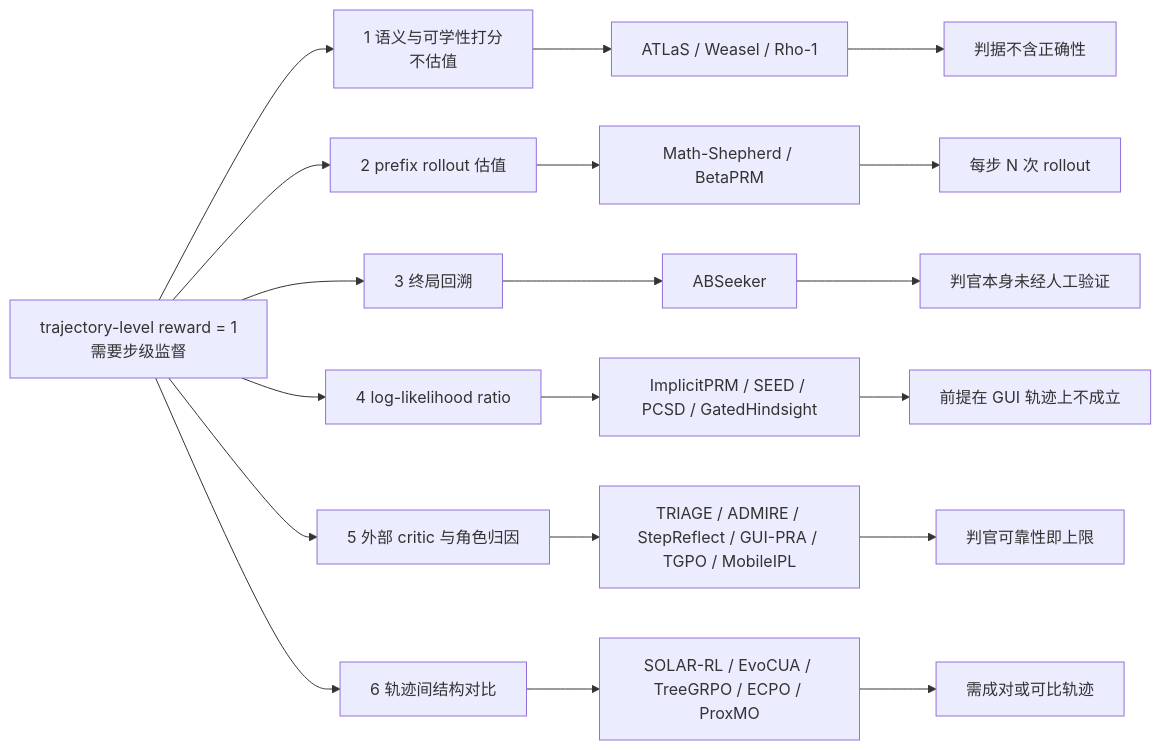
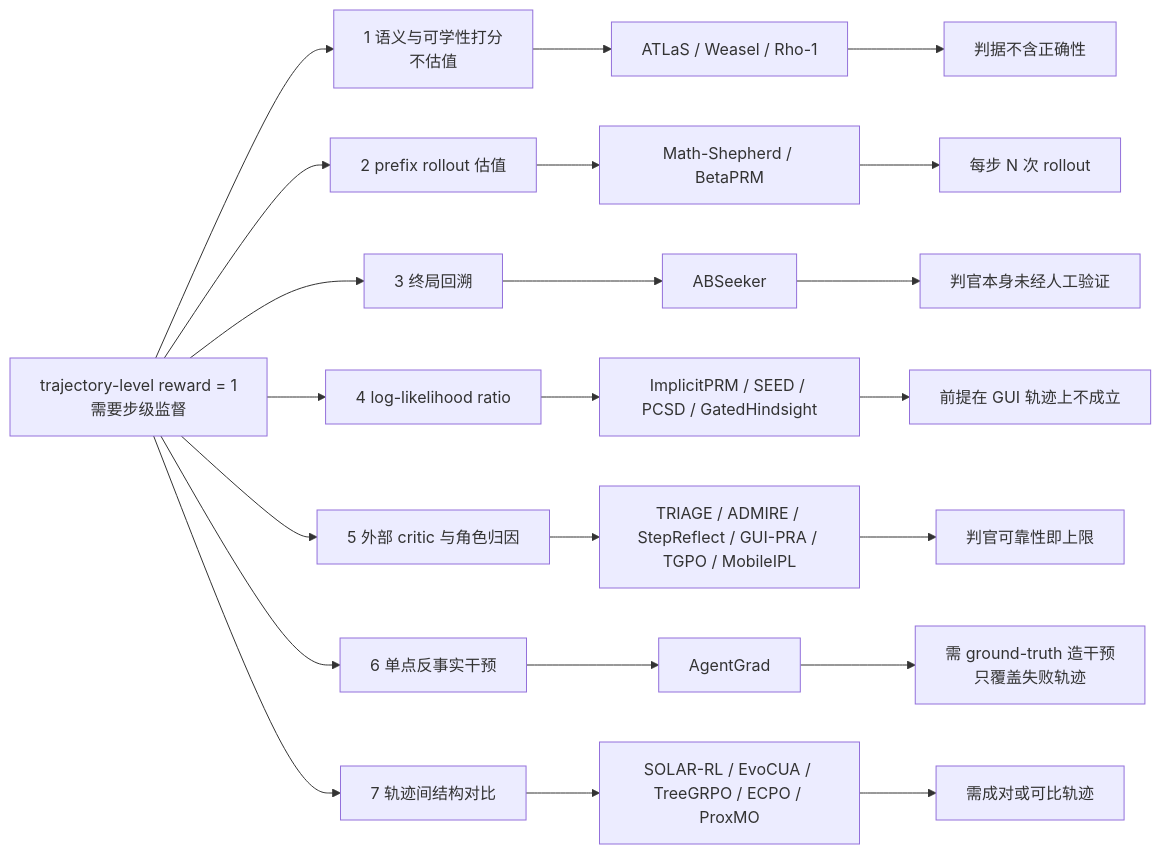
The diagram in Topics/StepCreditAssignment-Survey.md (Kendrick-Stein/MCISLAB_DeepRead), drawn with Mermaid before and after one commit. The commit also changed other lines of this file and 8 other files, not shown here.

````diff
--- a/Topics/StepCreditAssignment-Survey.md
+++ b/Topics/StepCreditAssignment-Survey.md
@@ -121,25 +132,28 @@
 ```mermaid
 flowchart LR
   R["trajectory-level reward = 1<br/>需要步级监督"]
 
   R --> A["1 语义与可学性打分<br/>不估值"]
   R --> B["2 prefix rollout 估值"]
   R --> C["3 终局回溯"]
   R --> D["4 log-likelihood ratio"]
   R --> E["5 外部 critic 与角色归因"]
-  R --> F["6 轨迹间结构对比"]
+  R --> G["6 单点反事实干预"]
+  R --> F["7 轨迹间结构对比"]
 
   A --> A1["ATLaS / Weasel / Rho-1"]
   B --> B1["Math-Shepherd / BetaPRM"]
   C --> C1["ABSeeker"]
   D --> D1["ImplicitPRM / SEED / PCSD / GatedHindsight"]
   E --> E1["TRIAGE / ADMIRE / StepReflect / GUI-PRA / TGPO / MobileIPL"]
+  G --> G1["AgentGrad"]
   F --> F1["SOLAR-RL / EvoCUA / TreeGRPO / ECPO / ProxMO"]
 
   A1 --> S1["判据不含正确性"]
   B1 --> S2["每步 N 次 rollout"]
   C1 --> S3["判官本身未经人工验证"]
   D1 --> S4["前提在 GUI 轨迹上不成立"]
   E1 --> S5["判官可靠性即上限"]
+  G1 --> S7["需 ground-truth 造干预<br/>只覆盖失败轨迹"]
   F1 --> S6["需成对或可比轨迹"]
 ```
````
